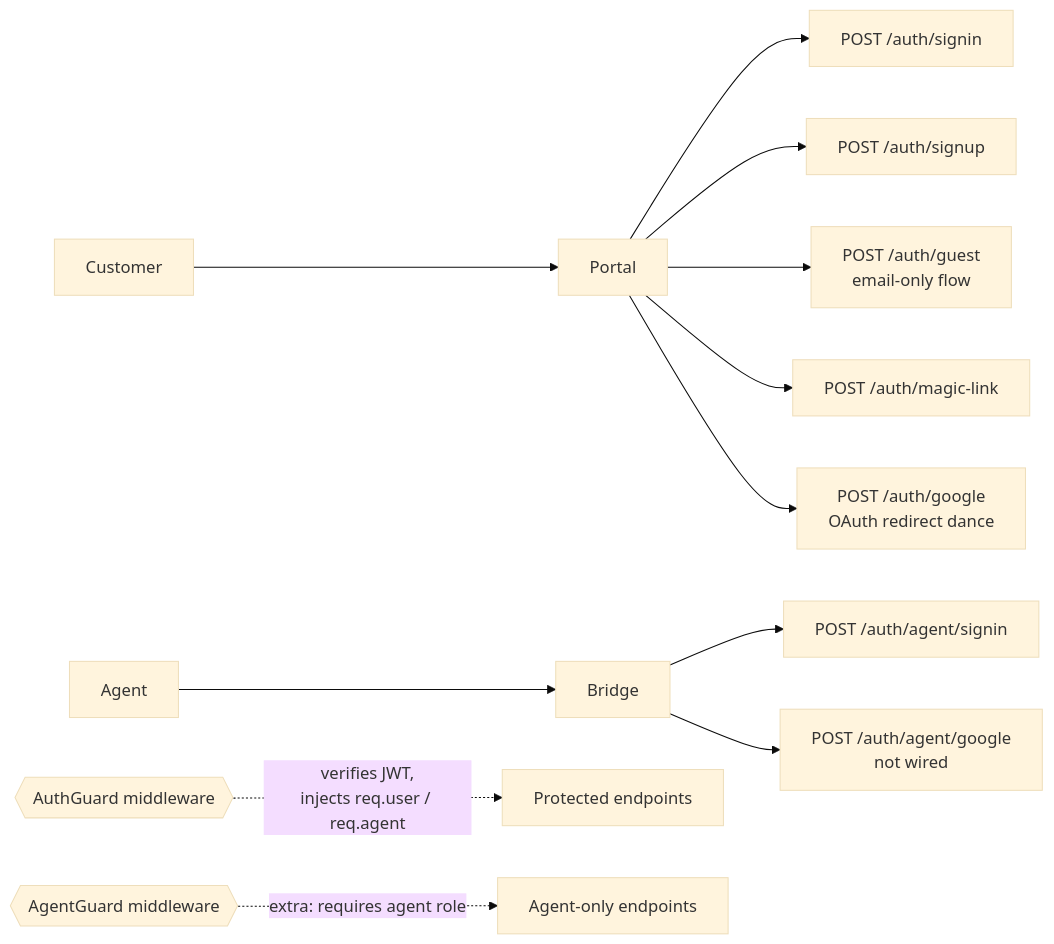
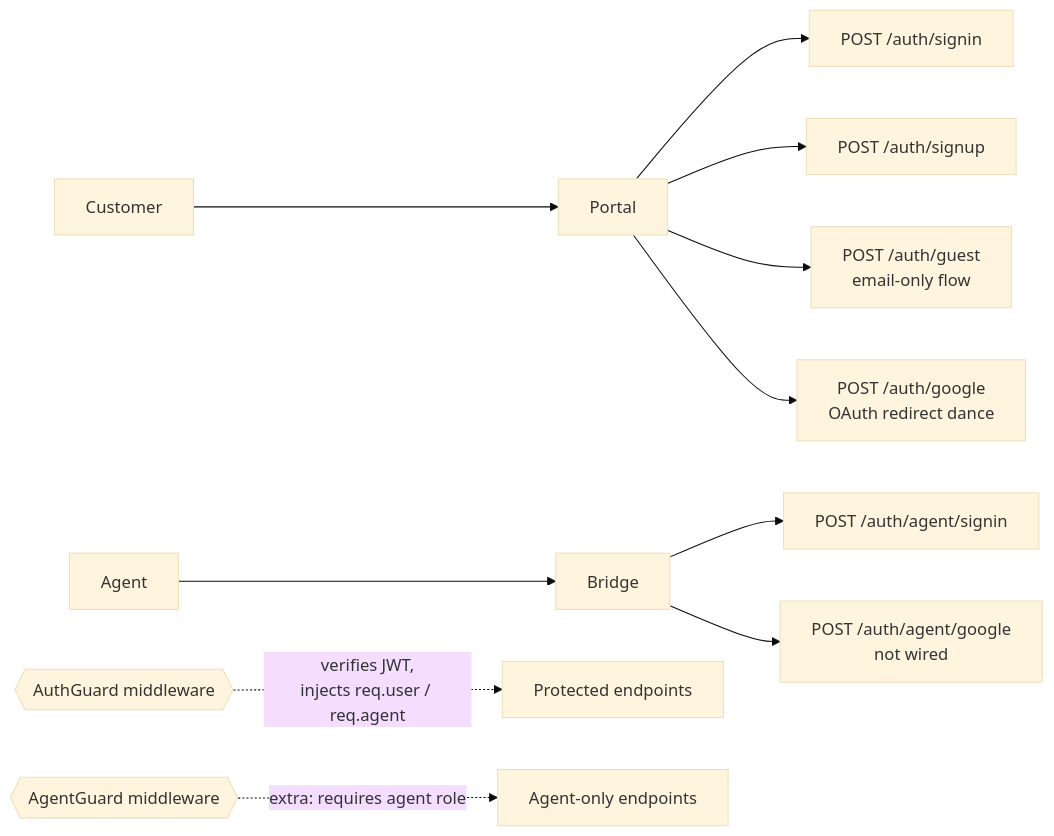
The first of 2 diagrams in docs/atlas/auth.md (Vignesh-Siva96/tmr_athena), drawn with Mermaid (base theme) before and after one commit. The commit also changed other lines of this file and 210 other files, not shown here.

````diff
--- a/docs/atlas/auth.md
+++ b/docs/atlas/auth.md
@@ -23,18 +23,17 @@
 ```mermaid
 flowchart LR
   Customer[Customer] --> Portal
   Portal --> EP[POST /auth/signin]
   Portal --> SU[POST /auth/signup]
   Portal --> Guest[POST /auth/guest<br/>email-only flow]
-  Portal --> ML[POST /auth/magic-link]
   Portal --> GO[POST /auth/google<br/>OAuth redirect dance]
 
   Agent[Agent] --> Bridge
   Bridge --> AS[POST /auth/agent/signin]
   Bridge --> AG[POST /auth/agent/google<br/>not wired]
 
   AuthGuard{{AuthGuard middleware}}
   AgentGuard{{AgentGuard middleware}}
   AuthGuard -.->|verifies JWT,<br/>injects req.user / req.agent| Protected[Protected endpoints]
   AgentGuard -.->|extra: requires agent role| AgentOnly[Agent-only endpoints]
 ```
````
